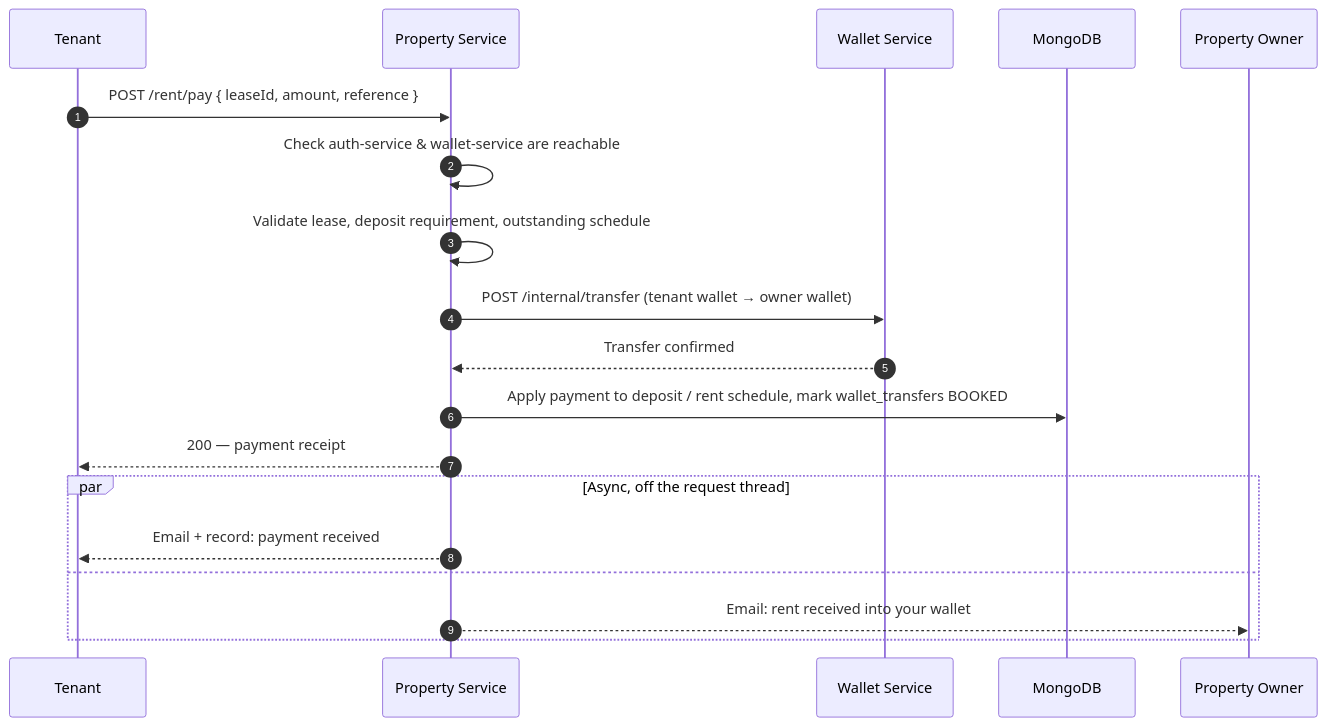
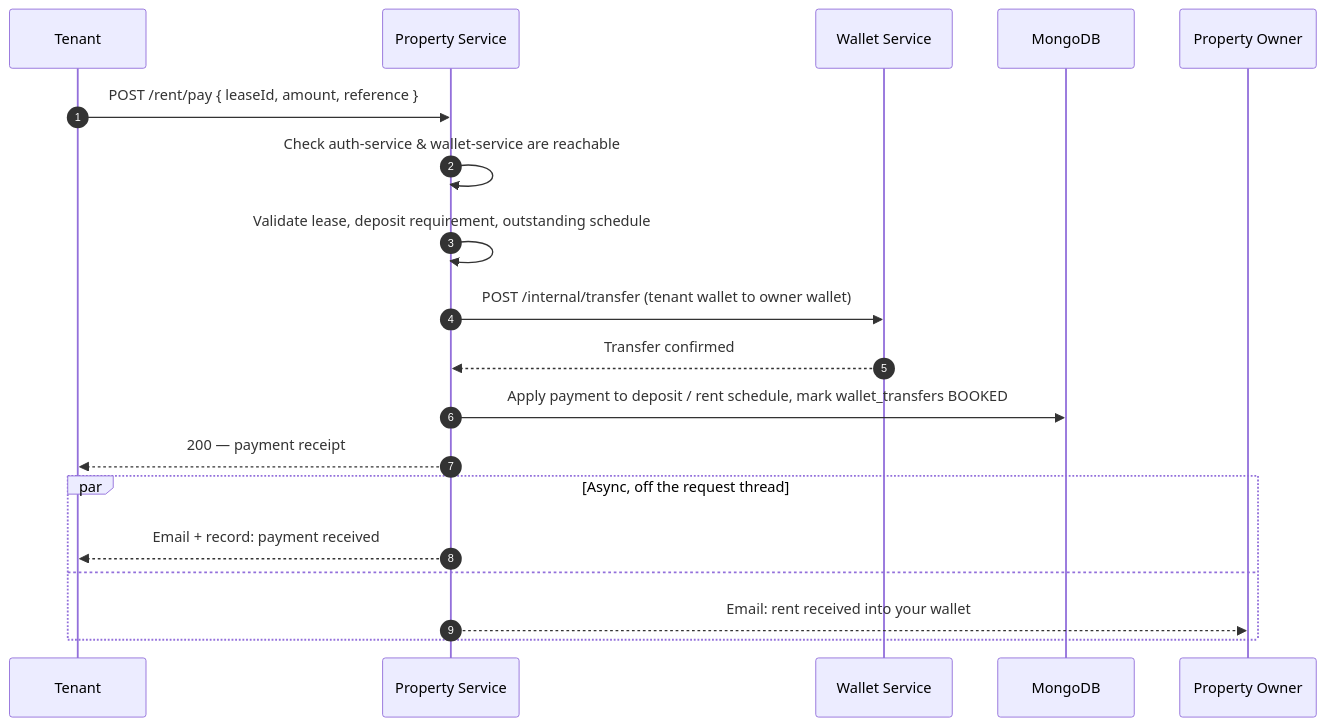
One commit to peacemakerbill/premisave-property-management-service changed the diagram in README.md. Above: the diagram before and after it, drawn with Mermaid. The commit also changed other lines of this file and 53 other files, not shown here.

````diff
--- a/README.md
+++ b/README.md
@@ -145,22 +148,22 @@
 ```mermaid
 sequenceDiagram
     autonumber
     participant T as Tenant
     participant PS as Property Service
     participant WS as Wallet Service
     participant DB as MongoDB
     participant O as Property Owner
 
     T->>PS: POST /rent/pay { leaseId, amount, reference }
     PS->>PS: Check auth-service & wallet-service are reachable
     PS->>PS: Validate lease, deposit requirement, outstanding schedule
-    PS->>WS: POST /internal/transfer (tenant wallet → owner wallet)
+    PS->>WS: POST /internal/transfer (tenant wallet to owner wallet)
     WS-->>PS: Transfer confirmed
     PS->>DB: Apply payment to deposit / rent schedule, mark wallet_transfers BOOKED
     PS-->>T: 200 — payment receipt
     par Async, off the request thread
         PS-->>T: Email + record: payment received
     and
         PS-->>O: Email: rent received into your wallet
     end
 ```
````
